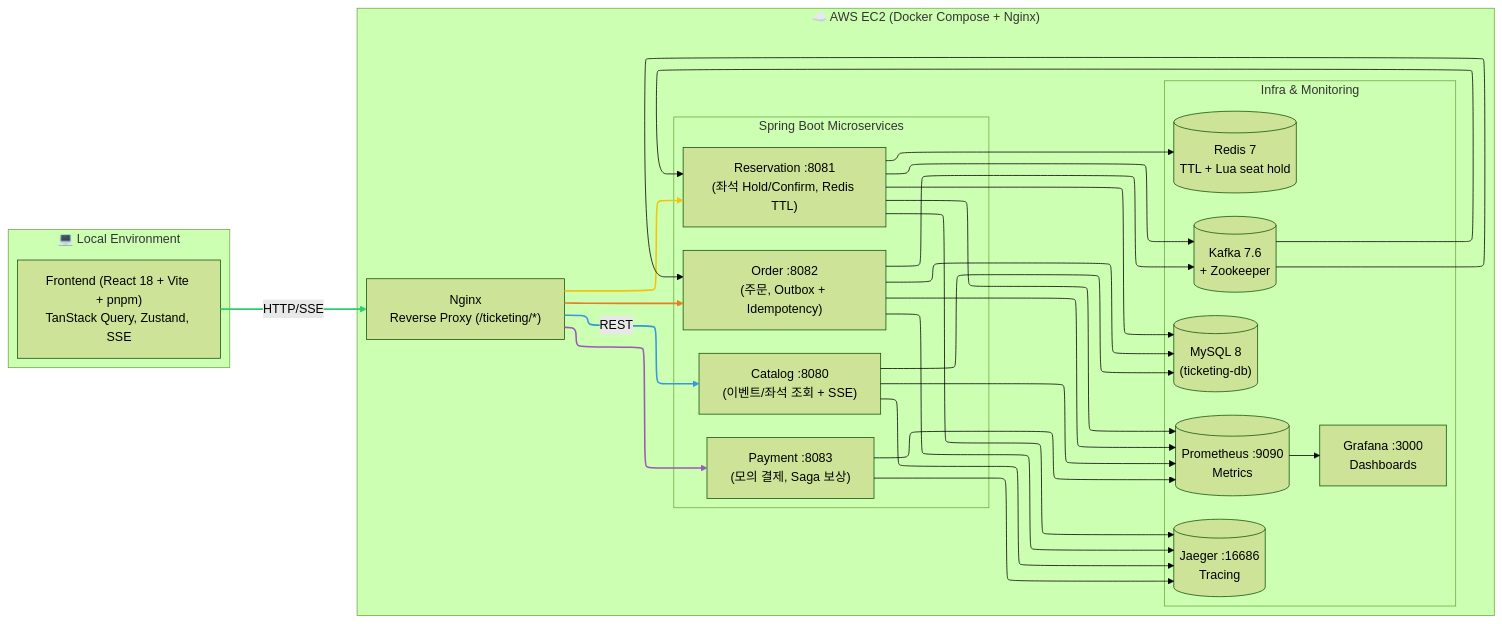
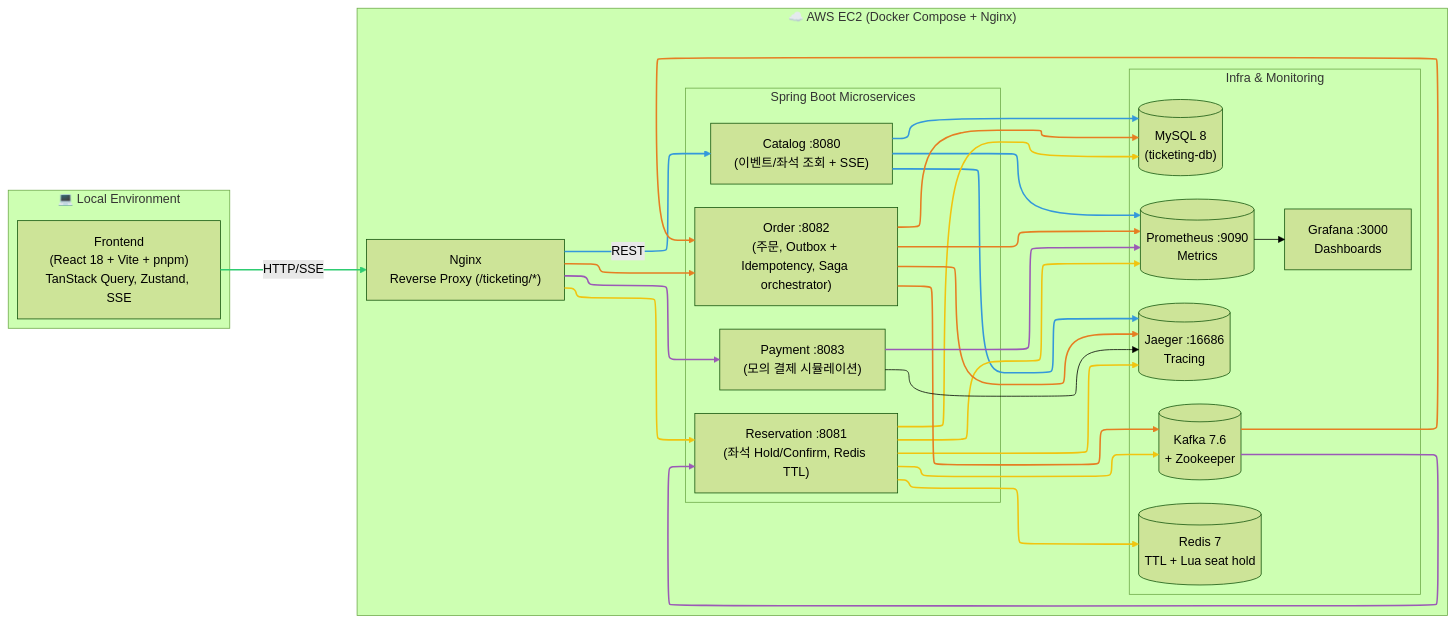
One commit to tpdus751/ticketing-project changed the diagram in README.md. Above: the diagram before and after it, drawn with Mermaid (forest theme).

````diff
--- a/README.md
+++ b/README.md
@@ -52,76 +52,84 @@
   layout: elk
 ---
 flowchart LR
-    %% ======================
-    %% Client (Local)
-    %% ======================
+    %% ---------- Local ----------
     subgraph Local["💻 Local Environment"]
-        FE["Frontend (React 18 + Vite + pnpm)\nTanStack Query, Zustand, SSE"]
+        FE["Frontend<br>(React 18 + Vite + pnpm)<br>TanStack Query, Zustand, SSE"]
     end
 
-    %% ======================
-    %% AWS EC2
-    %% ======================
+    %% ---------- AWS EC2 ----------
     subgraph EC2["☁️ AWS EC2 (Docker Compose + Nginx)"]
-        Nginx["Nginx\nReverse Proxy (/ticketing/*)"]
+        Nginx["Nginx<br>Reverse Proxy (/ticketing/*)"]
 
-        %% Microservices
+        %% Microservices (수평 배치)
         subgraph BE["Spring Boot Microservices"]
-            C["Catalog :8080\n(이벤트/좌석 조회 + SSE)"] 
-            R["Reservation :8081\n(좌석 Hold/Confirm, Redis TTL)"] 
-            O["Order :8082\n(주문, Outbox + Idempotency)"] 
-            P["Payment :8083\n(모의 결제, Saga 보상)"] 
+            C["Catalog :8080<br>(이벤트/좌석 조회 + SSE)"]
+            R["Reservation :8081<br>(좌석 Hold/Confirm, Redis TTL)"]
+            O["Order :8082<br>(주문, Outbox + Idempotency, Saga orchestrator)"]
+            P["Payment :8083<br>(모의 결제 시뮬레이션)"]
         end
 
-        %% Infra
+        %% Infra & Observability
         subgraph Infra["Infra & Monitoring"]
-            MySQL[("MySQL 8\n(ticketing-db)")]
-            Redis[("Redis 7\nTTL + Lua seat hold")]
-            Kafka[("Kafka 7.6\n+ Zookeeper")]
-            Jaeger[("Jaeger :16686\nTracing")]
-            Prometheus[("Prometheus :9090\nMetrics")]
-            Grafana["Grafana :3000\nDashboards"]
+            MySQL[("MySQL 8<br>(ticketing-db)")]
+            Redis[("Redis 7<br>TTL + Lua seat hold")]
+            Kafka[("Kafka 7.6<br>+ Zookeeper")]
+            Prometheus[("Prometheus :9090<br>Metrics")]
+            Jaeger[("Jaeger :16686<br>Tracing")]
+            Grafana["Grafana :3000<br>Dashboards"]
         end
     end
 
-    %% ======================
-    %% Connections
-    %% ======================
+    %% ---------- Connections ----------
     FE -- HTTP/SSE --> Nginx
     Nginx -- REST --> C
     Nginx --> R
     Nginx --> O
     Nginx --> P
 
+    %% Catalog
     C --> MySQL
+    C --> Prometheus
+    C --> Jaeger
+
+    %% Reservation
     R --> Redis
     R --> MySQL
+    R --> Kafka
+    R --> Prometheus
+    R --> Jaeger
+
+    %% Order
     O --> MySQL
     O --> Kafka
-    R --> Kafka
+    O --> Prometheus
+    O --> Jaeger
     Kafka --> O
     Kafka --> R
 
-    %% Observability
-    C --> Jaeger
-    R --> Jaeger
-    O --> Jaeger
+    %% Payment
+    P --> Prometheus
     P --> Jaeger
-
-    C --> Prometheus
-    R --> Prometheus
-    O --> Prometheus
-    P --> Prometheus
 
     Prometheus --> Grafana
 
-    %% ======================
-    %% Styling (main flows)
-    %% ======================
+    %% ---------- linkStyle ----------
+    %% 0: FE→Nginx (green)
+    %% 1: Nginx→Catalog (blue)
+    %% 2: Nginx→Reservation (yellow)
+    %% 3: Nginx→Order (orange)
+    %% 4: Nginx→Payment (purple)
+    %% Catalog flows = blue, Reservation flows = yellow, Order flows = orange, Payment flows = purple
+
     linkStyle 0 stroke:#2ecc71,stroke-width:2px,fill:none
     linkStyle 1 stroke:#3498db,stroke-width:2px,fill:none
     linkStyle 2 stroke:#f1c40f,stroke-width:2px,fill:none
     linkStyle 3 stroke:#e67e22,stroke-width:2px,fill:none
     linkStyle 4 stroke:#9b59b6,stroke-width:2px,fill:none
 
+    linkStyle 5,6,7 stroke:#3498db,stroke-width:2px,fill:none
+    linkStyle 8,9,10,11,12 stroke:#f1c40f,stroke-width:2px,fill:none
+    linkStyle 13,14,15,16,17 stroke:#e67e22,stroke-width:2px,fill:none
+    linkStyle 18,19 stroke:#9b59b6,stroke-width:2px,fill:none
+
 ```
````
